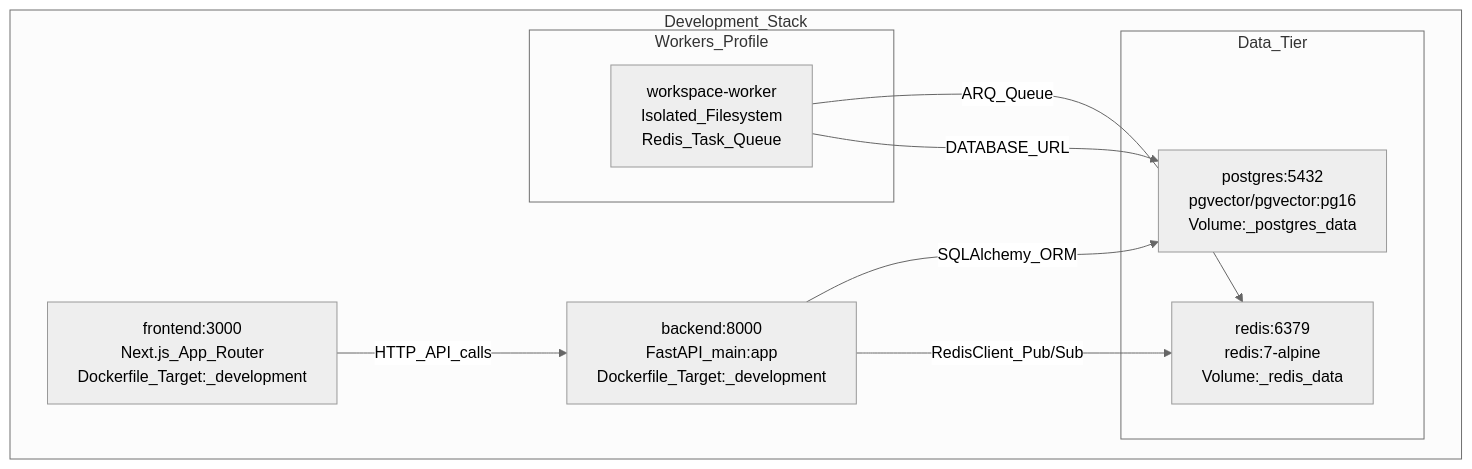
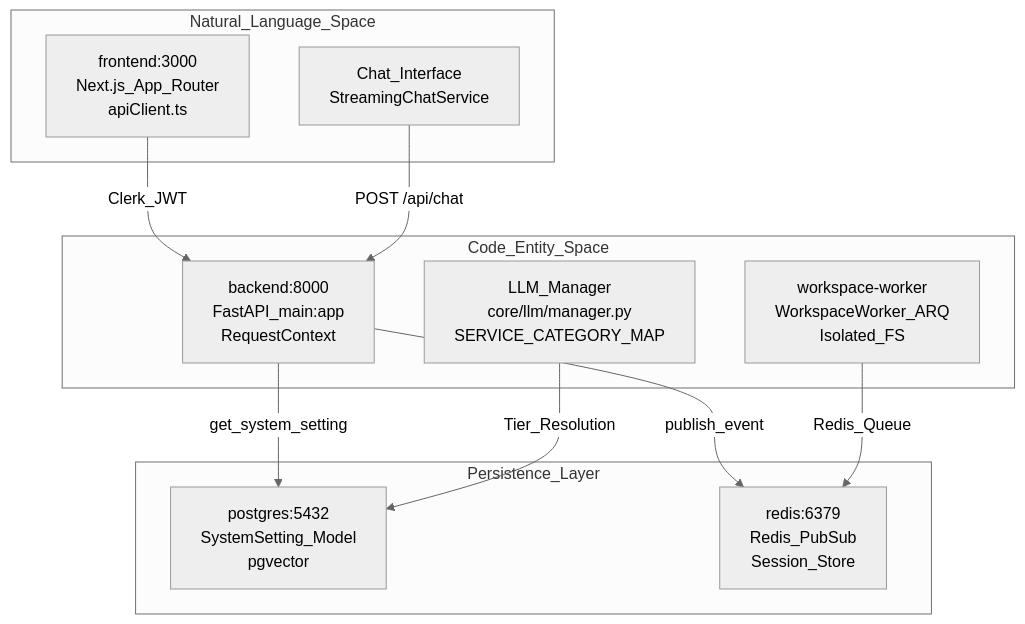
One commit to AutomatosAI/automatos-ai changed the first of 2 diagrams in docs/getting-started/_index.md. Above: the diagram before and after it, drawn with Mermaid (neutral theme). The commit also changed other lines of this file and 153 other files, not shown here.

````diff
--- a/docs/getting-started/_index.md
+++ b/docs/getting-started/_index.md
@@ -59,22 +64,25 @@
 ```mermaid
 graph TB
-    subgraph "Development_Stack"
-        Frontend["frontend:3000<br/>Next.js_App_Router<br/>Dockerfile_Target:_development"]
-        Backend["backend:8000<br/>FastAPI_main:app<br/>Dockerfile_Target:_development"]
-        
-        subgraph "Data_Tier"
-            PostgreSQL["postgres:5432<br/>pgvector/pgvector:pg16<br/>Volume:_postgres_data"]
-            Redis["redis:6379<br/>redis:7-alpine<br/>Volume:_redis_data"]
-        end
-        
-        subgraph "Workers_Profile"
-            WorkspaceWorker["workspace-worker<br/>Isolated_Filesystem<br/>Redis_Task_Queue"]
-        end
+    subgraph "Natural_Language_Space"
+        UI["frontend:3000<br/>Next.js_App_Router<br/>apiClient.ts"]
+        Chat["Chat_Interface<br/>StreamingChatService"]
     end
     
-    Frontend -->|"HTTP_API_calls"| Backend
-    Backend -->|"SQLAlchemy_ORM"| PostgreSQL
-    Backend -->|"RedisClient_Pub/Sub"| Redis
-    WorkspaceWorker -->|"ARQ_Queue"| Redis
-    WorkspaceWorker -->|"DATABASE_URL"| PostgreSQL
+    subgraph "Code_Entity_Space"
+        API["backend:8000<br/>FastAPI_main:app<br/>RequestContext"]
+        Worker["workspace-worker<br/>WorkspaceWorker_ARQ<br/>Isolated_FS"]
+        LLM["LLM_Manager<br/>core/llm/manager.py<br/>SERVICE_CATEGORY_MAP"]
+    end
+    
+    subgraph "Persistence_Layer"
+        DB["postgres:5432<br/>SystemSetting_Model<br/>pgvector"]
+        Cache["redis:6379<br/>Redis_PubSub<br/>Session_Store"]
+    end
+    
+    UI -->|"Clerk_JWT"| API
+    Chat -->|"POST /api/chat"| API
+    API -->|"get_system_setting"| DB
+    API -->|"publish_event"| Cache
+    LLM -->|"Tier_Resolution"| DB
+    Worker -->|"Redis_Queue"| Cache
 ```
````
